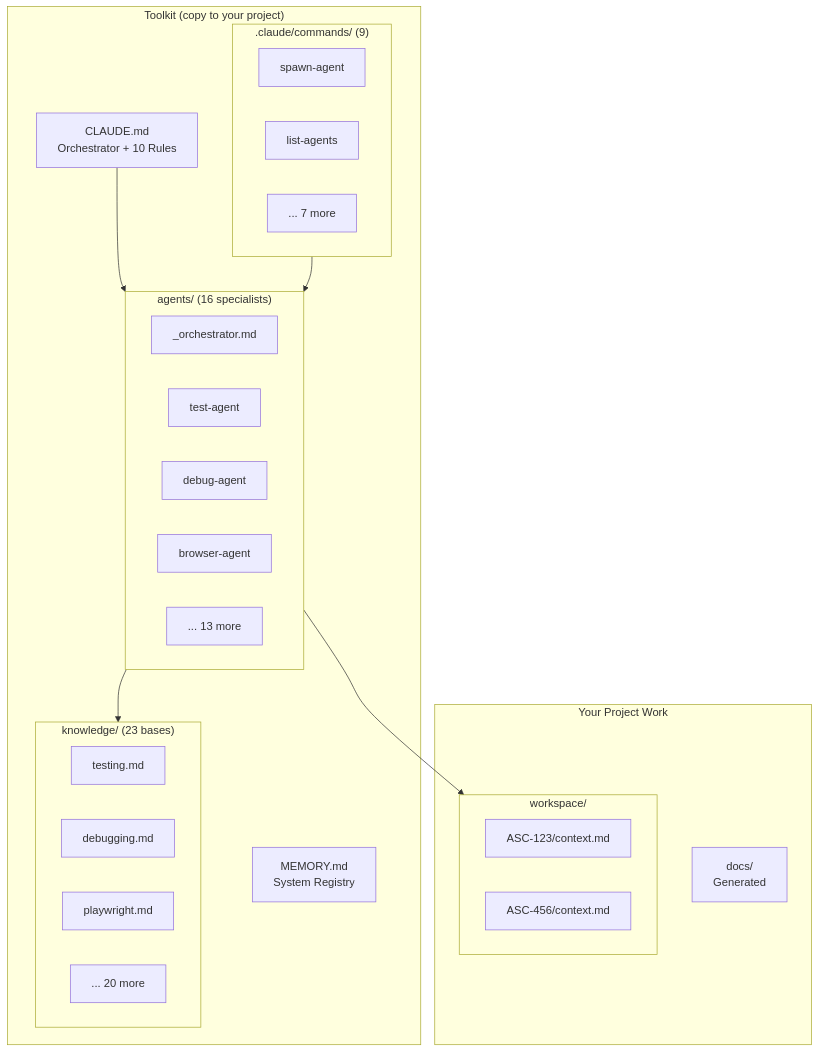
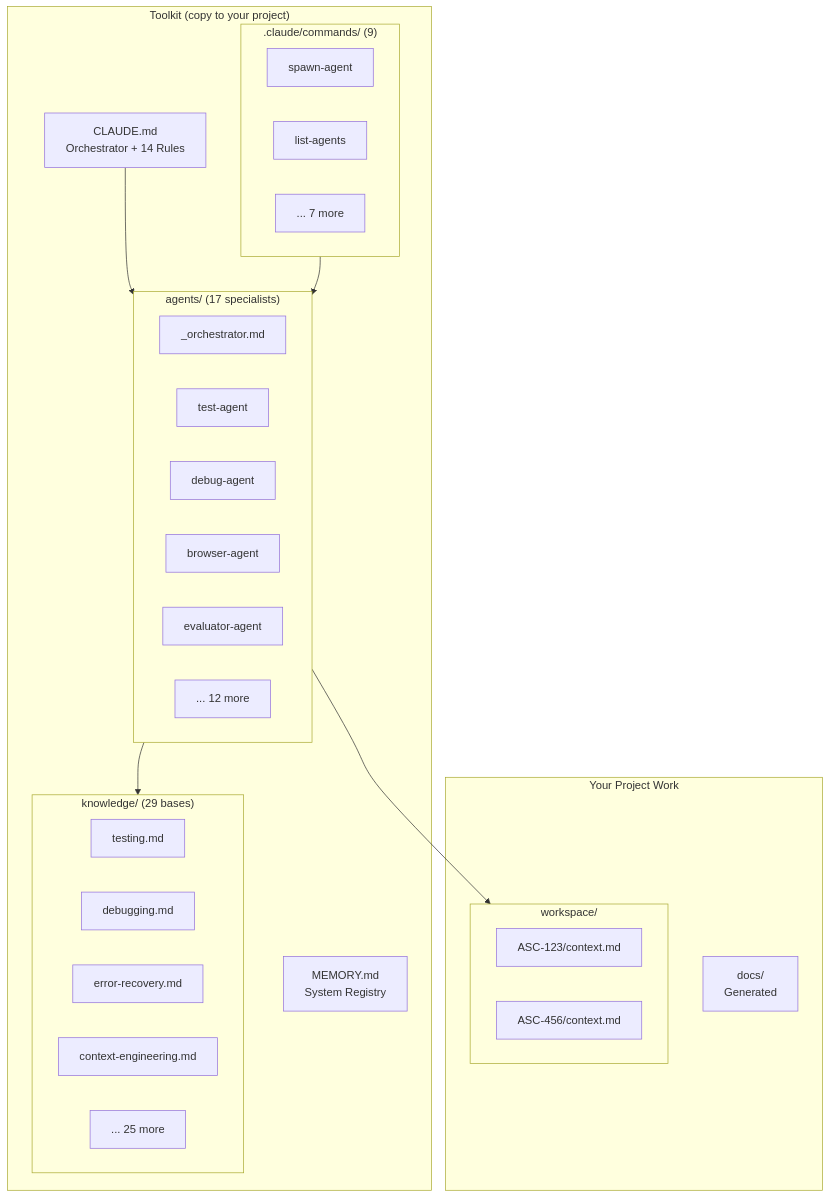
One commit to MikahNiehaus/ClaudeMemory changed the third of 13 diagrams in README.md. Above: the diagram before and after it, drawn with Mermaid. The commit also changed other lines of this file and 12 other files, not shown here.

First line of the commit message:
Add evaluator agent, error recovery, and context engineering docs

````diff
--- a/README.md
+++ b/README.md
@@ -88,42 +88,44 @@
 ```mermaid
 flowchart TB
     subgraph Toolkit["Toolkit (copy to your project)"]
-        CLAUDE[CLAUDE.md<br/>Orchestrator + 10 Rules]
+        CLAUDE[CLAUDE.md<br/>Orchestrator + 14 Rules]
         MEMORY[MEMORY.md<br/>System Registry]
 
-        subgraph Agents["agents/ (16 specialists)"]
+        subgraph Agents["agents/ (17 specialists)"]
             Orch[_orchestrator.md]
             Test[test-agent]
             Debug[debug-agent]
             Browser[browser-agent]
-            More[... 13 more]
+            Evaluator[evaluator-agent]
+            More[... 12 more]
         end
 
-        subgraph Knowledge["knowledge/ (23 bases)"]
+        subgraph Knowledge["knowledge/ (29 bases)"]
             Testing[testing.md]
             Debugging[debugging.md]
-            Playwright[playwright.md]
-            MoreK[... 20 more]
+            ErrorRecovery[error-recovery.md]
+            ContextEng[context-engineering.md]
+            MoreK[... 25 more]
         end
 
         subgraph Commands[".claude/commands/ (9)"]
             Spawn[spawn-agent]
             ListA[list-agents]
             MoreC[... 7 more]
         end
     end
 
     subgraph Project["Your Project Work"]
         subgraph Workspace["workspace/"]
             Task1[ASC-123/context.md]
             Task2[ASC-456/context.md]
         end
 
         Docs[docs/<br/>Generated]
     end
 
     CLAUDE --> Agents
     Agents --> Knowledge
     Agents --> Workspace
     Commands --> Agents
 ```
````
